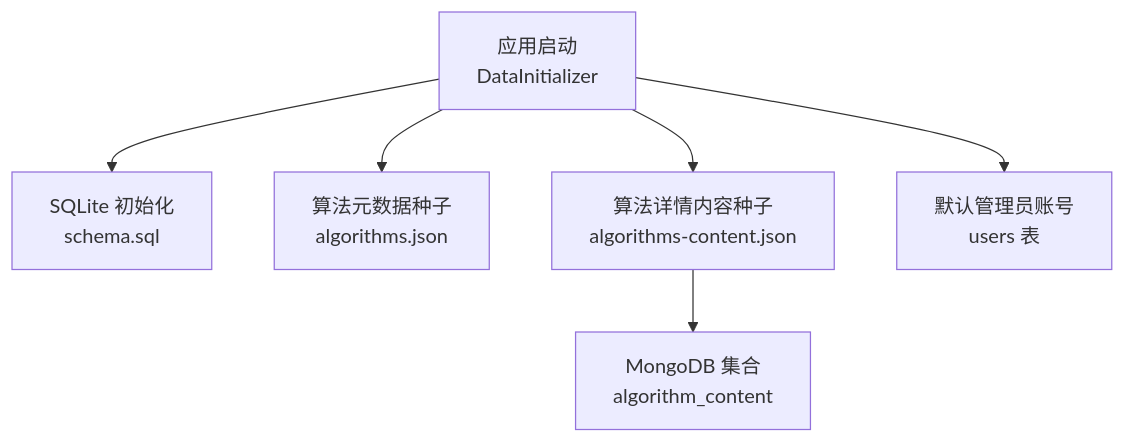
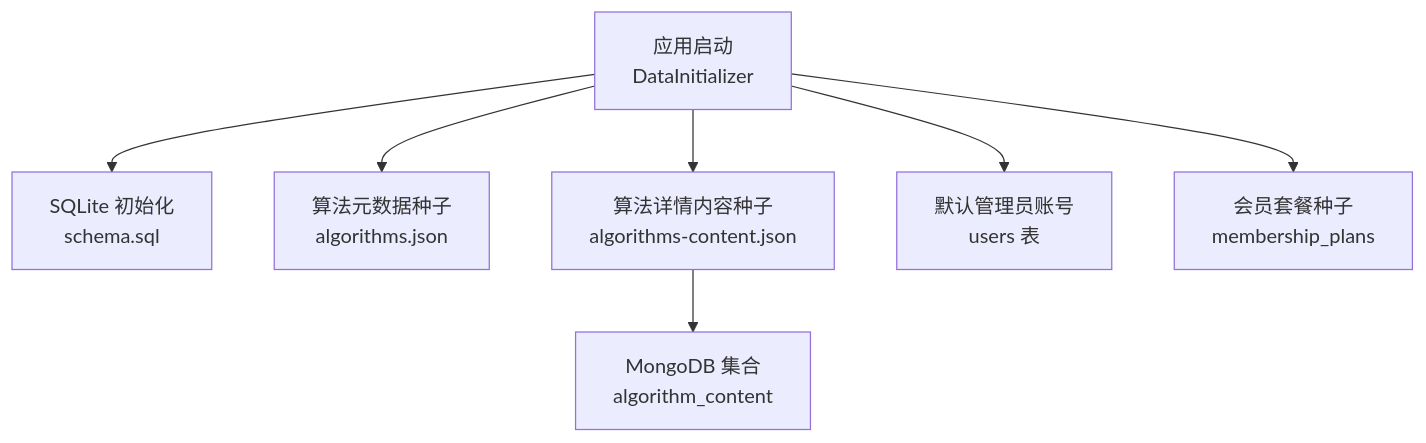
The first of 7 diagrams in .qoder/repowiki/zh/content/数据库设计/数据库设计.md (huangman881112/aiforip), drawn with Mermaid before and after one commit. The commit also changed other lines of this file and 69 other files, not shown here.

````diff
--- a/.qoder/repowiki/zh/content/数据库设计/数据库设计.md
+++ b/.qoder/repowiki/zh/content/数据库设计/数据库设计.md
@@ -46,8 +62,9 @@
 ```mermaid
 graph TB
 A["应用启动<br/>DataInitializer"] --> B["SQLite 初始化<br/>schema.sql"]
 A --> C["算法元数据种子<br/>algorithms.json"]
 A --> D["算法详情内容种子<br/>algorithms-content.json"]
 D --> E["MongoDB 集合<br/>algorithm_content"]
 A --> F["默认管理员账号<br/>users 表"]
+A --> G["会员套餐种子<br/>membership_plans"]
 ```
````
